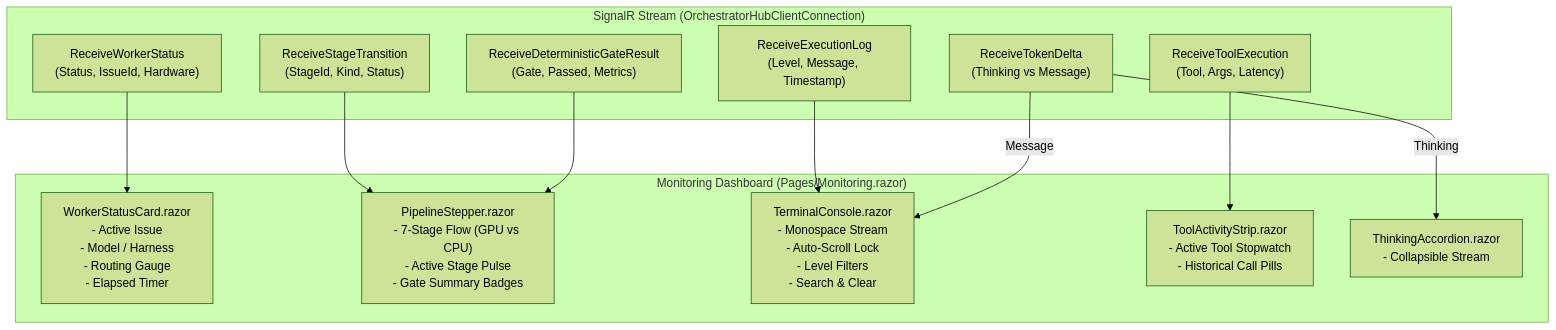
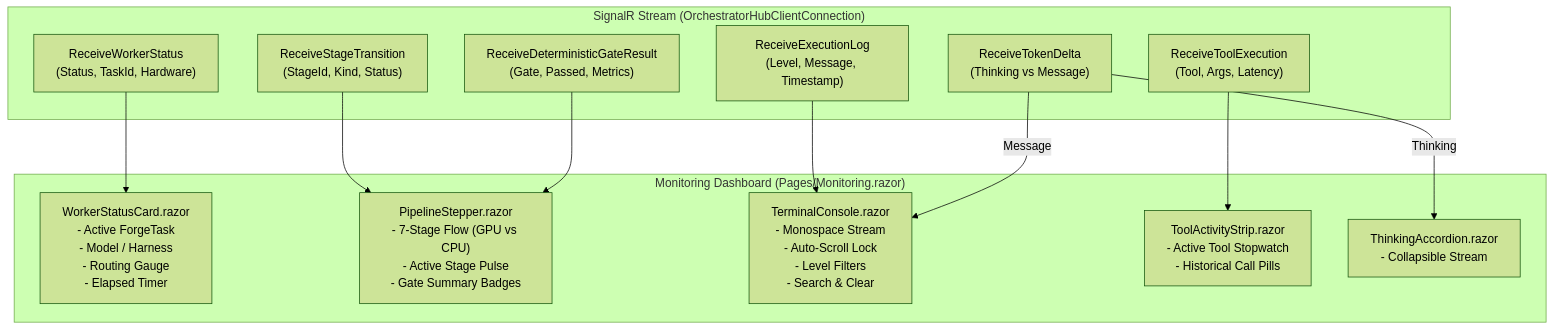
The diagram in docs/plan/phase-5/STEP_5_5_MONITORING_CONSOLE_AND_GAUGES.md (jetelain/NightCodeForge), drawn with Mermaid (forest theme) before and after one commit. The commit also changed other lines of this file and 151 other files, not shown here.

Commit message:
Issue -> Task

````diff
--- a/docs/plan/phase-5/STEP_5_5_MONITORING_CONSOLE_AND_GAUGES.md
+++ b/docs/plan/phase-5/STEP_5_5_MONITORING_CONSOLE_AND_GAUGES.md
@@ -43,27 +43,27 @@
 ```mermaid
 flowchart TD
     subgraph SignalR ["SignalR Stream (OrchestratorHubClientConnection)"]
         TokenEvt["ReceiveTokenDelta\n(Thinking vs Message)"]
         ToolEvt["ReceiveToolExecution\n(Tool, Args, Latency)"]
         StageEvt["ReceiveStageTransition\n(StageId, Kind, Status)"]
-        WorkerEvt["ReceiveWorkerStatus\n(Status, IssueId, Hardware)"]
+        WorkerEvt["ReceiveWorkerStatus\n(Status, TaskId, Hardware)"]
         GateEvt["ReceiveDeterministicGateResult\n(Gate, Passed, Metrics)"]
         LogEvt["ReceiveExecutionLog\n(Level, Message, Timestamp)"]
     end
 
     subgraph MonitoringPage ["Monitoring Dashboard (Pages/Monitoring.razor)"]
-        WorkerCard["WorkerStatusCard.razor\n- Active Issue\n- Model / Harness\n- Routing Gauge\n- Elapsed Timer"]
+        WorkerCard["WorkerStatusCard.razor\n- Active ForgeTask\n- Model / Harness\n- Routing Gauge\n- Elapsed Timer"]
         PipelineStepper["PipelineStepper.razor\n- 7-Stage Flow (GPU vs CPU)\n- Active Stage Pulse\n- Gate Summary Badges"]
         TerminalConsole["TerminalConsole.razor\n- Monospace Stream\n- Auto-Scroll Lock\n- Level Filters\n- Search & Clear"]
         ToolCallStrip["ToolActivityStrip.razor\n- Active Tool Stopwatch\n- Historical Call Pills"]
         ThinkingViewer["ThinkingAccordion.razor\n- Collapsible <think> Stream"]
     end
 
     WorkerEvt --> WorkerCard
     StageEvt --> PipelineStepper
     GateEvt --> PipelineStepper
     ToolEvt --> ToolCallStrip
     LogEvt --> TerminalConsole
     TokenEvt -->|Thinking| ThinkingViewer
     TokenEvt -->|Message| TerminalConsole
 ```
````
